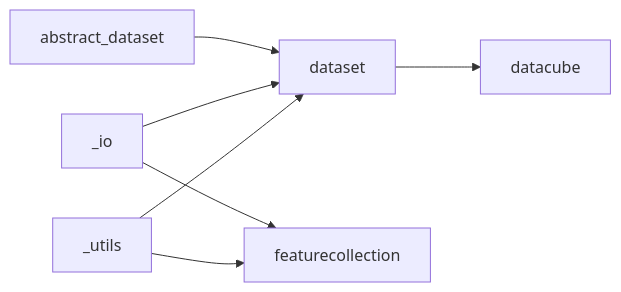
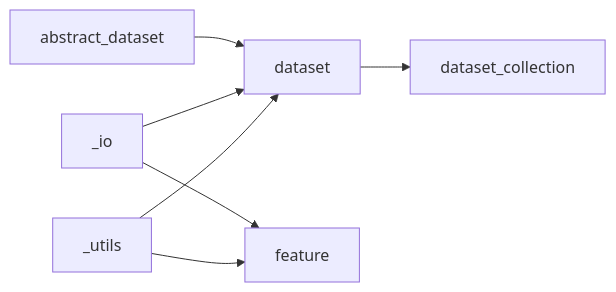
Before and after one commit to Serapieum-of-alex/pyramids: diagram 11 of 13 in docs/architecture/diagrams.md, drawn with Mermaid. The commit also changed other lines of this file and 59 other files, not shown here.

````diff
--- a/docs/architecture/diagrams.md
+++ b/docs/architecture/diagrams.md
@@ -140,9 +140,9 @@
 ```mermaid
 flowchart LR
   abstract_dataset --> dataset
   _io --> dataset
   _utils --> dataset
-  dataset --> datacube
-  _io --> featurecollection
-  _utils --> featurecollection
+  dataset --> dataset_collection
+  _io --> feature
+  _utils --> feature
 ```
````
